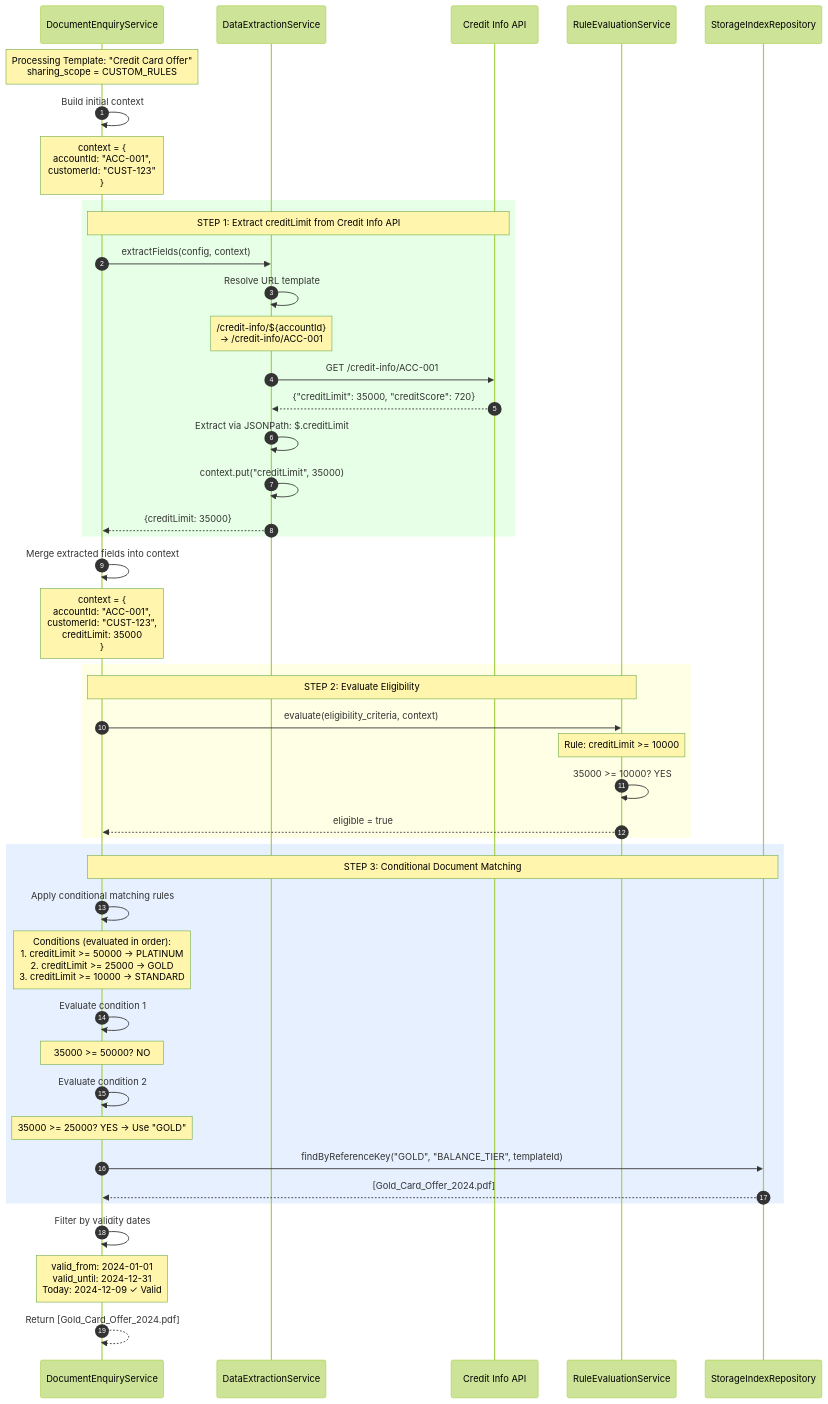
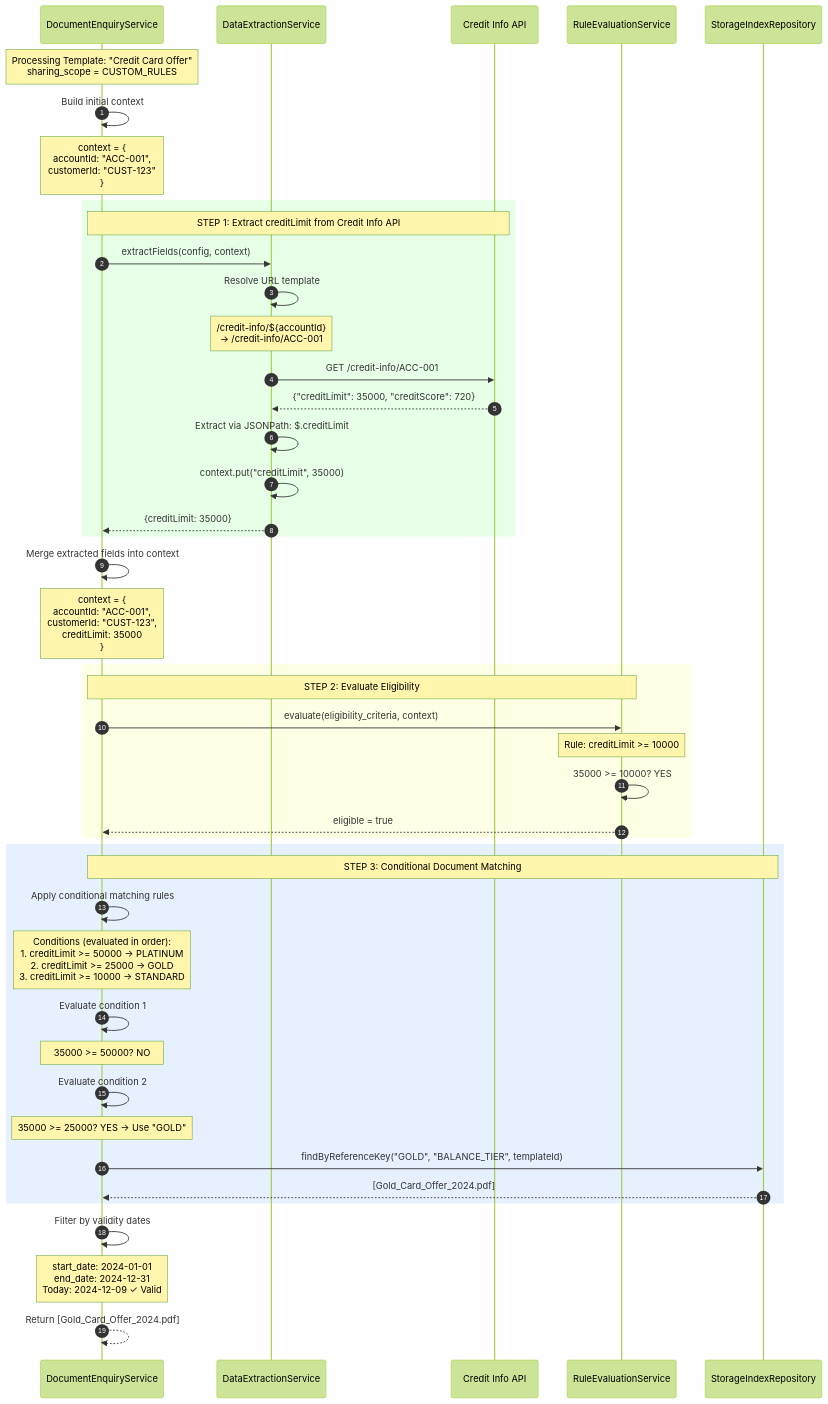
The fifth of 10 diagrams in fresh-doc-hub-poc/docs/architecture/document-enquiry-flow.md (ghmd86/document-hub), drawn with Mermaid (forest theme) before and after one commit. The commit also changed other lines of this file and 7 other files, not shown here.

First line of the commit message:
Update documentation to use start_date/end_date naming

````diff
--- a/fresh-doc-hub-poc/docs/architecture/document-enquiry-flow.md
+++ b/fresh-doc-hub-poc/docs/architecture/document-enquiry-flow.md
@@ -372,64 +372,64 @@
 ```mermaid
 sequenceDiagram
     autonumber
     participant Service as DocumentEnquiryService
     participant ExtractSvc as DataExtractionService
     participant CreditAPI as Credit Info API
     participant RuleSvc as RuleEvaluationService
     participant StorageRepo as StorageIndexRepository
 
     Note over Service: Processing Template: "Credit Card Offer"<br/>sharing_scope = CUSTOM_RULES
 
     Service->>Service: Build initial context
     Note over Service: context = {<br/>  accountId: "ACC-001",<br/>  customerId: "CUST-123"<br/>}
 
     rect rgb(230, 255, 230)
         Note over Service,CreditAPI: STEP 1: Extract creditLimit from Credit Info API
 
         Service->>ExtractSvc: extractFields(config, context)
 
         ExtractSvc->>ExtractSvc: Resolve URL template
         Note over ExtractSvc: /credit-info/${accountId}<br/>→ /credit-info/ACC-001
 
         ExtractSvc->>CreditAPI: GET /credit-info/ACC-001
         CreditAPI-->>ExtractSvc: {"creditLimit": 35000, "creditScore": 720}
 
         ExtractSvc->>ExtractSvc: Extract via JSONPath: $.creditLimit
         ExtractSvc->>ExtractSvc: context.put("creditLimit", 35000)
 
         ExtractSvc-->>Service: {creditLimit: 35000}
     end
 
     Service->>Service: Merge extracted fields into context
     Note over Service: context = {<br/>  accountId: "ACC-001",<br/>  customerId: "CUST-123",<br/>  creditLimit: 35000<br/>}
 
     rect rgb(255, 255, 230)
         Note over Service,RuleSvc: STEP 2: Evaluate Eligibility
 
         Service->>RuleSvc: evaluate(eligibility_criteria, context)
         Note over RuleSvc: Rule: creditLimit >= 10000
         RuleSvc->>RuleSvc: 35000 >= 10000? YES
         RuleSvc-->>Service: eligible = true
     end
 
     rect rgb(230, 240, 255)
         Note over Service,StorageRepo: STEP 3: Conditional Document Matching
 
         Service->>Service: Apply conditional matching rules
         Note over Service: Conditions (evaluated in order):<br/>1. creditLimit >= 50000 → PLATINUM<br/>2. creditLimit >= 25000 → GOLD<br/>3. creditLimit >= 10000 → STANDARD
 
         Service->>Service: Evaluate condition 1
         Note over Service: 35000 >= 50000? NO
 
         Service->>Service: Evaluate condition 2
         Note over Service: 35000 >= 25000? YES → Use "GOLD"
 
         Service->>StorageRepo: findByReferenceKey("GOLD", "BALANCE_TIER", templateId)
         StorageRepo-->>Service: [Gold_Card_Offer_2024.pdf]
     end
 
     Service->>Service: Filter by validity dates
-    Note over Service: valid_from: 2024-01-01<br/>valid_until: 2024-12-31<br/>Today: 2024-12-09 ✓ Valid
+    Note over Service: start_date: 2024-01-01<br/>end_date: 2024-12-31<br/>Today: 2024-12-09 ✓ Valid
 
     Service-->>Service: Return [Gold_Card_Offer_2024.pdf]
 ```
````
